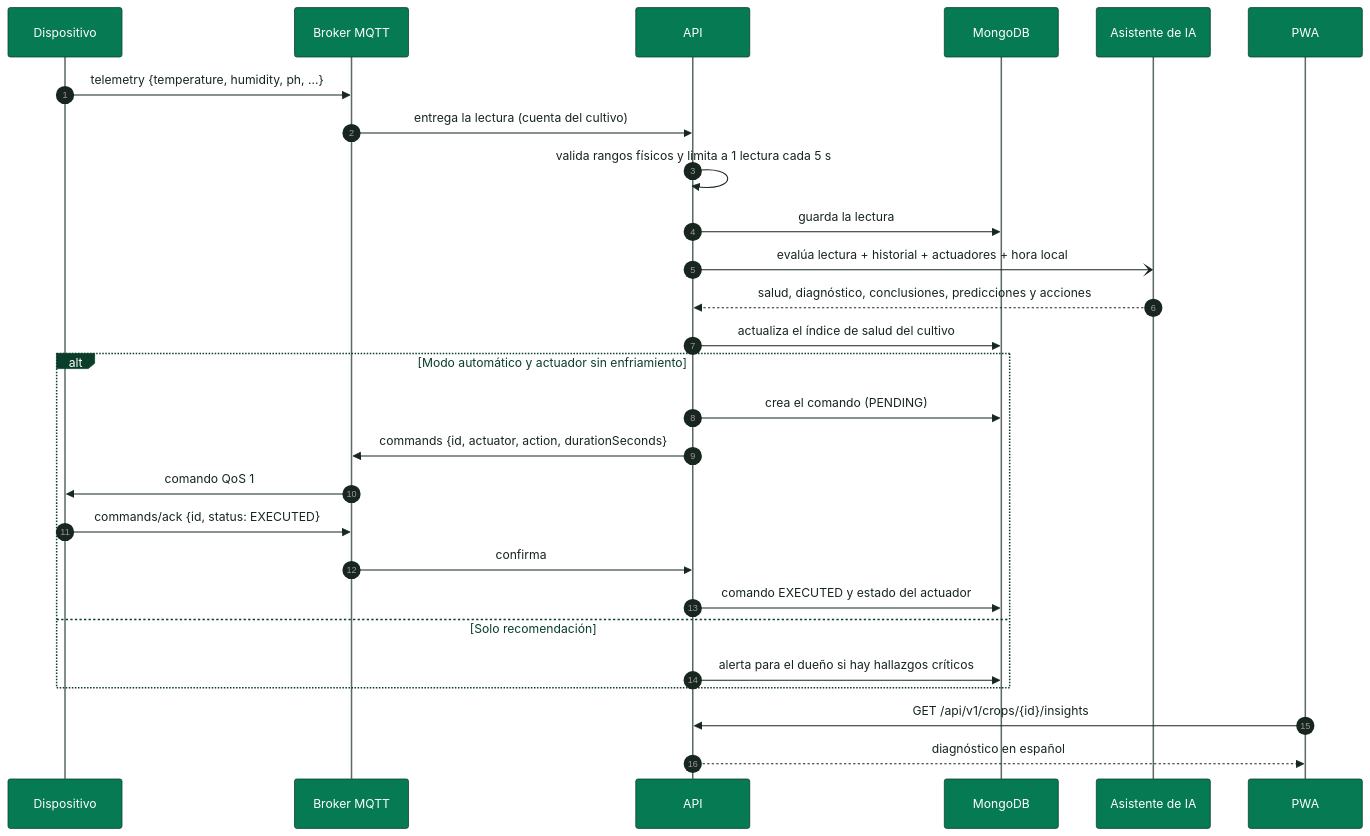
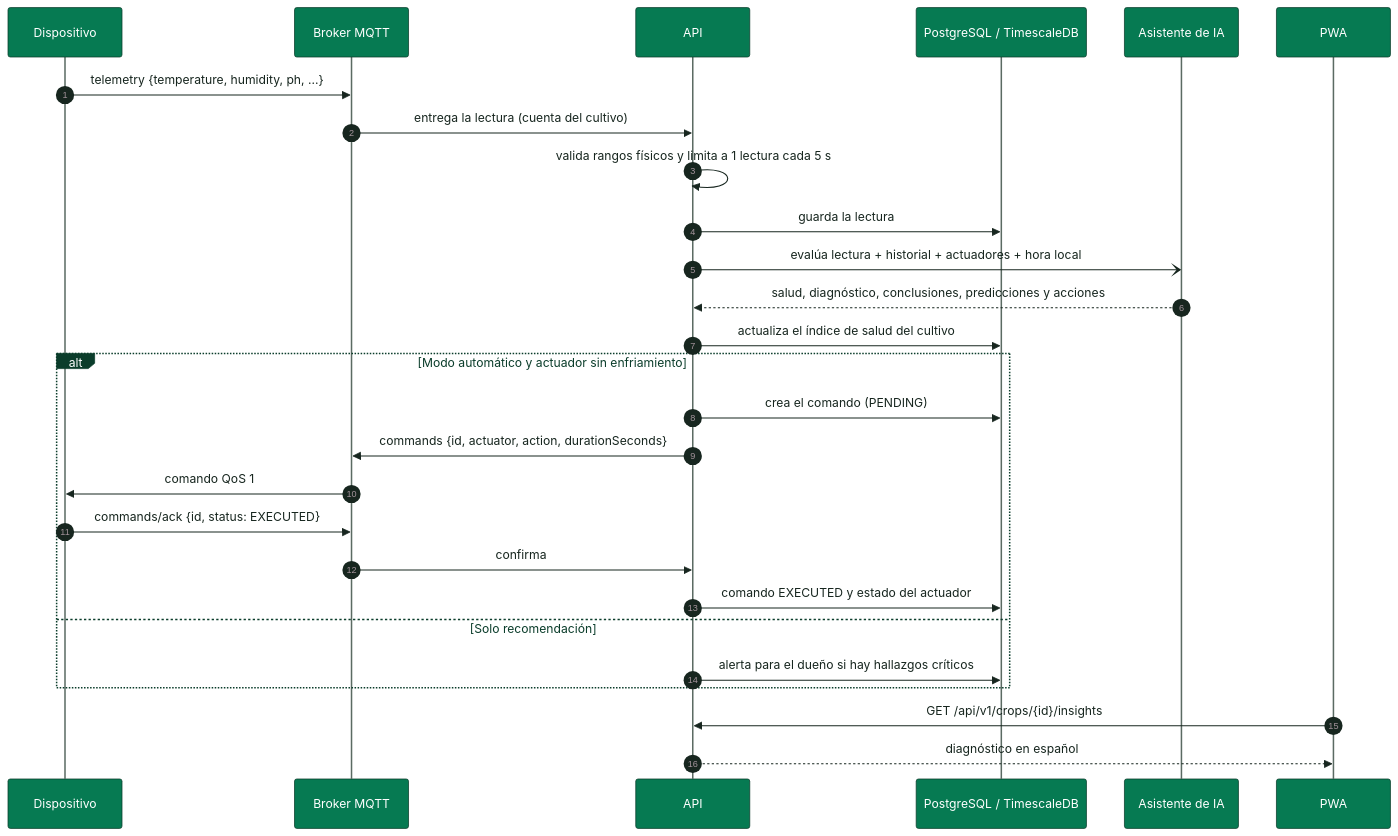
The diagram in docs/diagrams/SmartPot_02_Reading_Sequence.mmd (SmartPotTech/.github), drawn with Mermaid before and after one commit. The commit also changed 21 other files, not shown here.

Commit message:
Update platform documentation and architecture diagrams for production Stack B [skip deploy] #no-deploy

```diff
--- a/docs/diagrams/SmartPot_02_Reading_Sequence.mmd
+++ b/docs/diagrams/SmartPot_02_Reading_Sequence.mmd
@@ -1,28 +1,28 @@
 %%{init: {"theme": "base", "fontFamily": "Segoe UI, Arial, sans-serif", "themeVariables": {"fontFamily": "Segoe UI, Arial, sans-serif", "fontSize": "15px", "primaryColor": "#DDF5EA", "primaryTextColor": "#17261F", "primaryBorderColor": "#067A52", "secondaryColor": "#E3F2FB", "secondaryTextColor": "#17261F", "secondaryBorderColor": "#1F6FA0", "tertiaryColor": "#F2F7F4", "tertiaryTextColor": "#17261F", "tertiaryBorderColor": "#D5E3DC", "lineColor": "#5B6B63", "textColor": "#17261F", "mainBkg": "#DDF5EA", "nodeBorder": "#067A52", "clusterBkg": "#F7FAF8", "clusterBorder": "#D5E3DC", "edgeLabelBackground": "#FFFFFF", "actorBkg": "#067A52", "actorBorder": "#0B3D2B", "actorTextColor": "#FFFFFF", "actorLineColor": "#5B6B63", "signalColor": "#17261F", "signalTextColor": "#17261F", "labelBoxBkgColor": "#0B3D2B", "labelBoxBorderColor": "#0B3D2B", "labelTextColor": "#FFFFFF", "loopTextColor": "#0B3D2B", "noteBkgColor": "#FDF4DD", "noteBorderColor": "#C98D12", "noteTextColor": "#17261F", "activationBkgColor": "#DDF5EA", "activationBorderColor": "#067A52", "attributeBackgroundColorOdd": "#FFFFFF", "attributeBackgroundColorEven": "#F2F7F4"}}}%%
 sequenceDiagram
   autonumber
   participant M as Dispositivo
   participant B as Broker MQTT
   participant A as API
-  participant D as MongoDB
+  participant D as PostgreSQL / TimescaleDB
   participant I as Asistente de IA
   participant U as PWA
   M->>B: telemetry {temperature, humidity, ph, …}
   B->>A: entrega la lectura (cuenta del cultivo)
   A->>A: valida rangos físicos y limita a 1 lectura cada 5 s
   A->>D: guarda la lectura
   A-)I: evalúa lectura + historial + actuadores + hora local
   I-->>A: salud, diagnóstico, conclusiones, predicciones y acciones
   A->>D: actualiza el índice de salud del cultivo
   alt Modo automático y actuador sin enfriamiento
     A->>D: crea el comando (PENDING)
     A->>B: commands {id, actuator, action, durationSeconds}
     B->>M: comando QoS 1
     M->>B: commands/ack {id, status: EXECUTED}
     B->>A: confirma
     A->>D: comando EXECUTED y estado del actuador
   else Solo recomendación
     A->>D: alerta para el dueño si hay hallazgos críticos
   end
   U->>A: GET /api/v1/crops/{id}/insights
   A-->>U: diagnóstico en español
```
